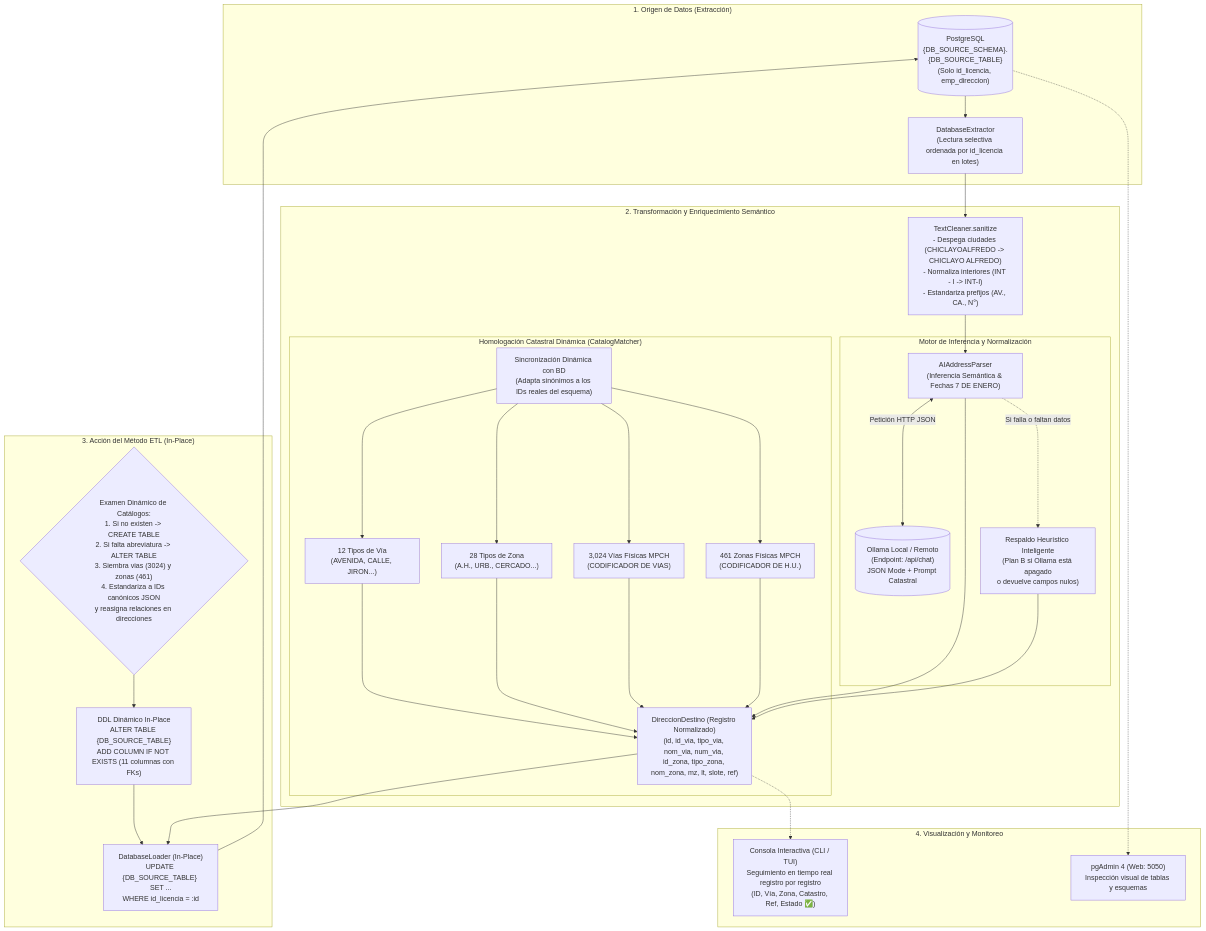
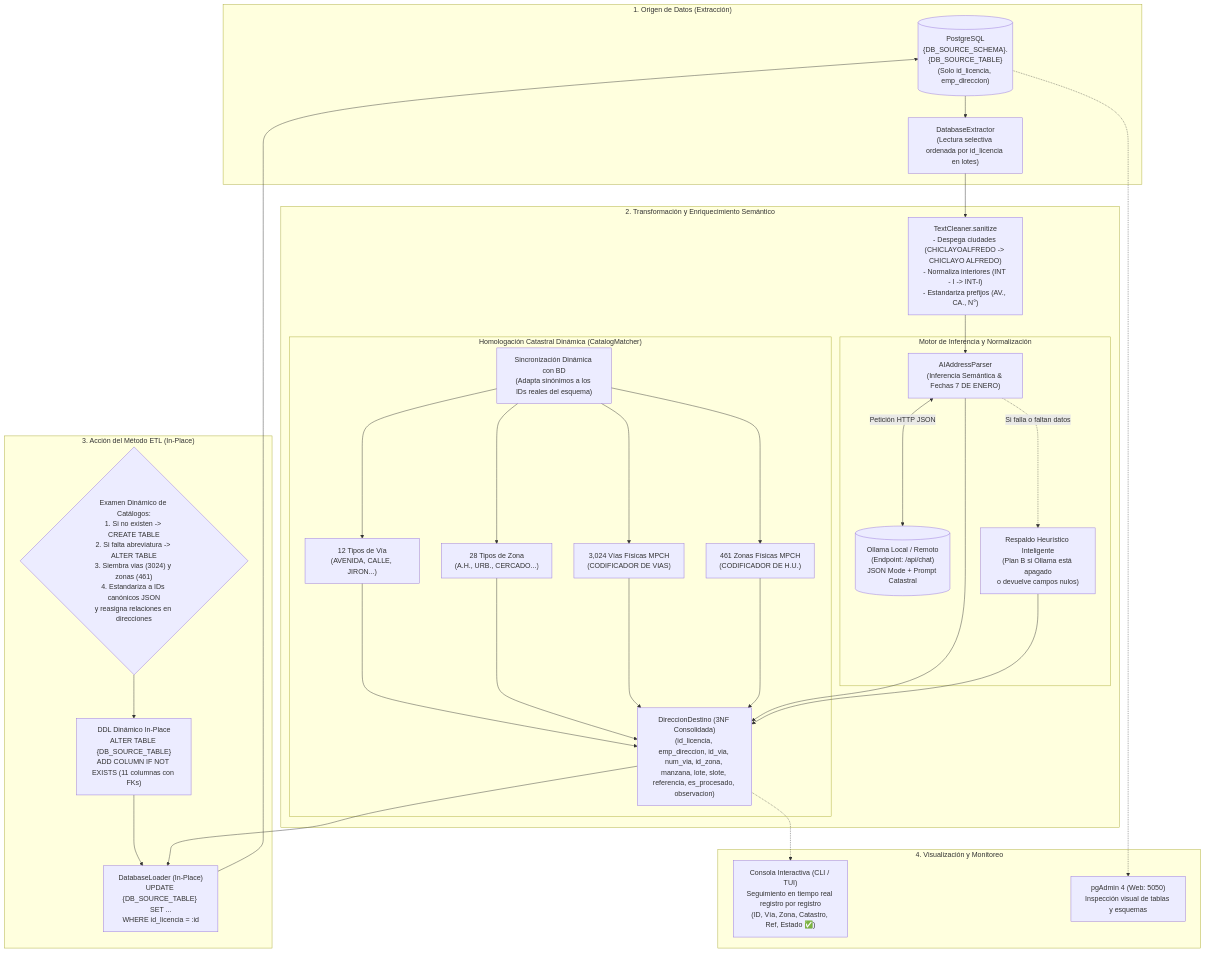
The diagram in README.md (Chungm7/ETL_DIRECCIONES), drawn with Mermaid before and after one commit. The commit also changed other lines of this file and 12 other files, not shown here.

Commit message:
feat: consolidación 3NF de direcciones, validación estricta de vías/zonas y soporte de es_procesado/observacion

````diff
--- a/README.md
+++ b/README.md
@@ -13,61 +13,61 @@
 ```mermaid
 flowchart TD
     subgraph Origen ["1. Origen de Datos (Extracción)"]
         SRC_DB[("PostgreSQL\n{DB_SOURCE_SCHEMA}.{DB_SOURCE_TABLE}\n(Solo id_licencia, emp_direccion)")]
         EXT["DatabaseExtractor\n(Lectura selectiva ordenada por id_licencia en lotes)"]
         SRC_DB --> EXT
     end
 
     subgraph Transformacion ["2. Transformación y Enriquecimiento Semántico"]
         TC["TextCleaner.sanitize\n- Despega ciudades (CHICLAYOALFREDO -> CHICLAYO ALFREDO)\n- Normaliza interiores (INT - I -> INT-I)\n- Estandariza prefijos (AV., CA., N°)"]
         
         subgraph IA_Engine ["Motor de Inferencia y Normalización"]
             OLLAMA[("Ollama Local / Remoto\n(Endpoint: /api/chat)\nJSON Mode + Prompt Catastral")]
             AI_PARSE["AIAddressParser\n(Inferencia Semántica & Fechas 7 DE ENERO)"]
             FALLBACK["Respaldo Heurístico Inteligente\n(Plan B si Ollama está apagado\no devuelve campos nulos)"]
             
             AI_PARSE <-->|Petición HTTP JSON| OLLAMA
             AI_PARSE -.->|Si falla o faltan datos| FALLBACK
         end
 
         subgraph Catalogos ["Homologación Catastral Dinámica (CatalogMatcher)"]
             SYNC_DB["Sincronización Dinámica con BD\n(Adapta sinónimos a los IDs reales del esquema)"]
             CAT_TIPOS_VIAS["12 Tipos de Vía\n(AVENIDA, CALLE, JIRON...)"]
             CAT_TIPOS_ZONAS["28 Tipos de Zona\n(A.H., URB., CERCADO...)"]
             CAT_VIAS["3,024 Vías Físicas MPCH\n(CODIFICADOR DE VIAS)"]
             CAT_ZONAS["461 Zonas Físicas MPCH\n(CODIFICADOR DE H.U.)"]
-            NORM_RECORD["DireccionDestino (Registro Normalizado)\n(id, id_via, tipo_via, nom_via, num_via, id_zona, tipo_zona, nom_zona, mz, lt, slote, ref)"]
+            NORM_RECORD["DireccionDestino (3NF Consolidada)\n(id_licencia, emp_direccion, id_via, num_via, id_zona, manzana, lote, slote, referencia, es_procesado, observacion)"]
             
             SYNC_DB --> CAT_TIPOS_VIAS
             SYNC_DB --> CAT_TIPOS_ZONAS
             SYNC_DB --> CAT_VIAS
             SYNC_DB --> CAT_ZONAS
             CAT_TIPOS_VIAS --> NORM_RECORD
             CAT_TIPOS_ZONAS --> NORM_RECORD
             CAT_VIAS --> NORM_RECORD
             CAT_ZONAS --> NORM_RECORD
         end
 
         EXT --> TC
         TC --> AI_PARSE
         AI_PARSE --> NORM_RECORD
         FALLBACK --> NORM_RECORD
     end
 
     subgraph Persistencia ["3. Acción del Método ETL (In-Place)"]
         CAT_CHECK{"Examen Dinámico de Catálogos:\n1. Si no existen -> CREATE TABLE\n2. Si falta abreviatura -> ALTER TABLE\n3. Siembra vias (3024) y zonas (461)\n4. Estandariza a IDs canónicos JSON\ny reasigna relaciones en direcciones"}
         ALTER_DDL["DDL Dinámico In-Place\nALTER TABLE {DB_SOURCE_TABLE}\nADD COLUMN IF NOT EXISTS (11 columnas con FKs)"]
         CAT_CHECK --> ALTER_DDL
         ALTER_DDL --> UPDATE_INPLACE["DatabaseLoader (In-Place)\nUPDATE {DB_SOURCE_TABLE} SET ...\nWHERE id_licencia = :id"]
         NORM_RECORD --> UPDATE_INPLACE
         UPDATE_INPLACE --> SRC_DB
     end
 
     subgraph Monitoreo ["4. Visualización y Monitoreo"]
         LOGS["Consola Interactiva (CLI / TUI)\nSeguimiento en tiempo real registro por registro\n(ID, Vía, Zona, Catastro, Ref, Estado ✅)"]
         PGADMIN["pgAdmin 4 (Web: 5050)\nInspección visual de tablas y esquemas"]
         
         NORM_RECORD -.-> LOGS
         SRC_DB -.-> PGADMIN
     end
 ```
````
